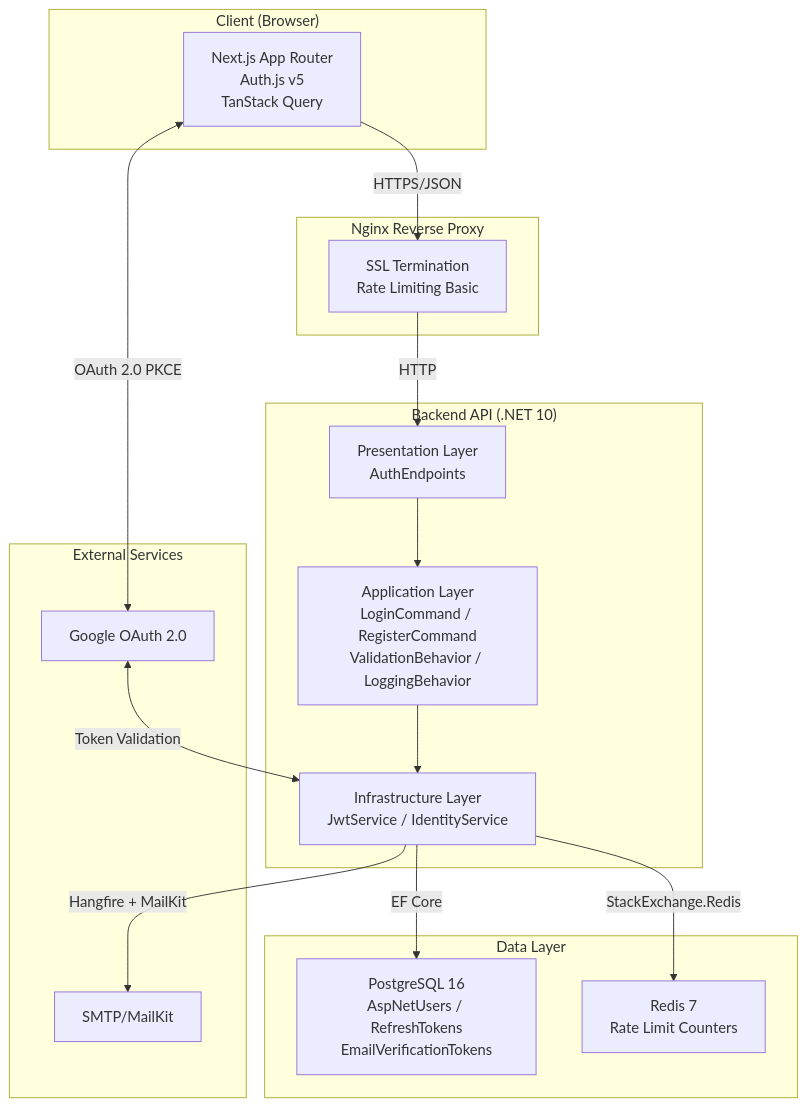
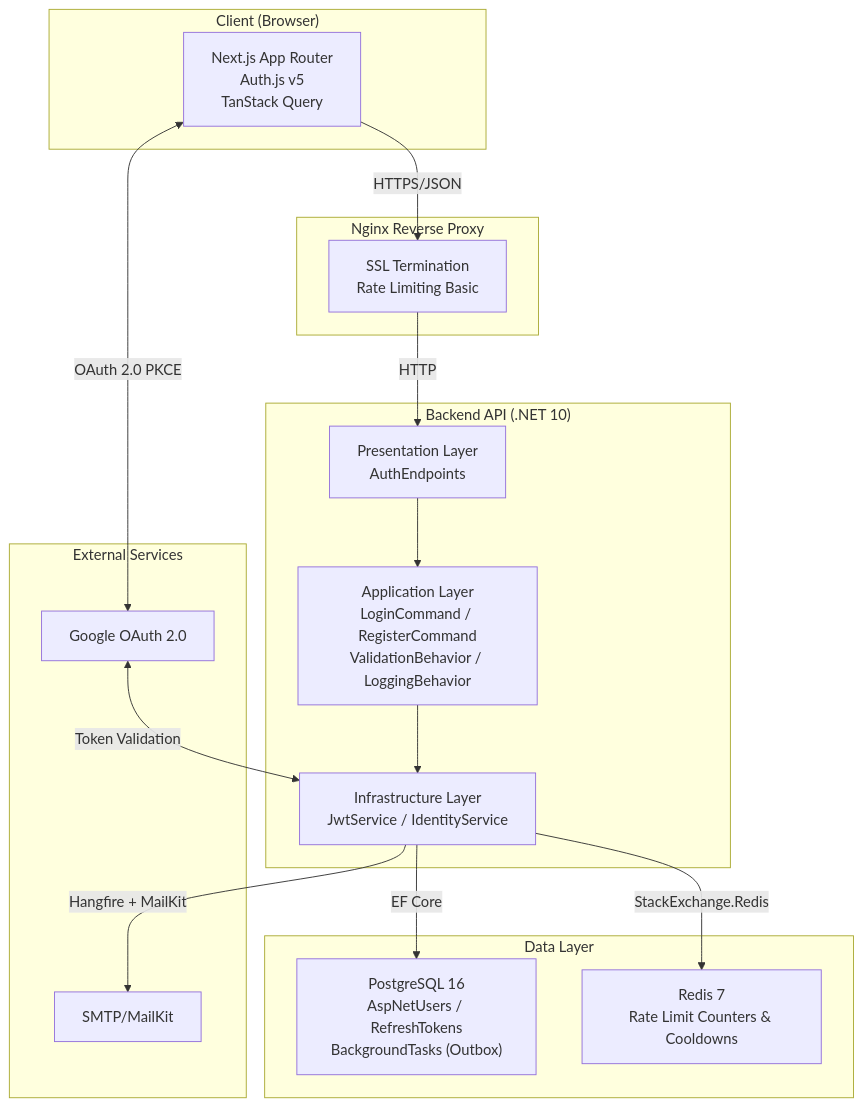
Before and after one commit to hiendotforwork/PTUDWNC_Nhom06_CulinaryBlog: the diagram in docs/specs/fr-auth/FR-AUTH_BaoCao.md, drawn with Mermaid. The commit also changed other lines of this file and 104 other files, not shown here.

````diff
--- a/docs/specs/fr-auth/FR-AUTH_BaoCao.md
+++ b/docs/specs/fr-auth/FR-AUTH_BaoCao.md
@@ -649,36 +668,36 @@
 ```mermaid
 flowchart TD
     subgraph Client["Client (Browser)"]
         A["Next.js App Router<br/>Auth.js v5<br/>TanStack Query"]
     end
 
     subgraph Nginx["Nginx Reverse Proxy"]
         B["SSL Termination<br/>Rate Limiting Basic"]
     end
 
     subgraph Backend["Backend API (.NET 10)"]
         C["Presentation Layer<br/>AuthEndpoints"]
         D["Application Layer<br/>LoginCommand / RegisterCommand<br/>ValidationBehavior / LoggingBehavior"]
         E["Infrastructure Layer<br/>JwtService / IdentityService"]
     end
 
     subgraph External["External Services"]
         F["Google OAuth 2.0"]
         G["SMTP/MailKit"]
     end
 
     subgraph Data["Data Layer"]
-        H["PostgreSQL 16<br/>AspNetUsers / RefreshTokens<br/>EmailVerificationTokens"]
-        I["Redis 7<br/>Rate Limit Counters"]
+        H["PostgreSQL 16<br/>AspNetUsers / RefreshTokens<br/>BackgroundTasks (Outbox)"]
+        I["Redis 7<br/>Rate Limit Counters & Cooldowns"]
     end
 
     A -->|"HTTPS/JSON"| B
     B -->|"HTTP"| C
     C --> D
     D --> E
     E -->|"EF Core"| H
     E -->|"StackExchange.Redis"| I
     A <-->|"OAuth 2.0 PKCE"| F
     F <-->|"Token Validation"| E
     E -->|"Hangfire + MailKit"| G
 ```
````
